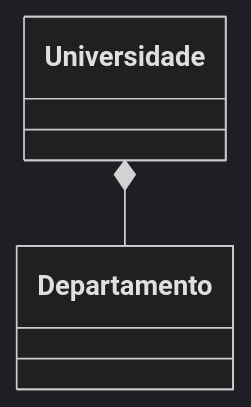
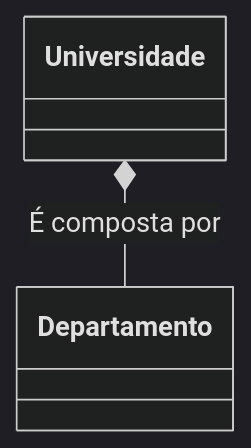
The seventh of 10 diagrams in 11.md (efojunior/It_NeoCamp_Java), drawn with Mermaid (dark theme) before and after one commit. The commit also changed other lines of this file, not shown here.

````diff
--- a/11.md
+++ b/11.md
@@ -102,4 +102,4 @@
 ```mermaid
 classDiagram
-Universidade *-- Departamento
+Universidade *-- Departamento : É composta por
 ```
````
